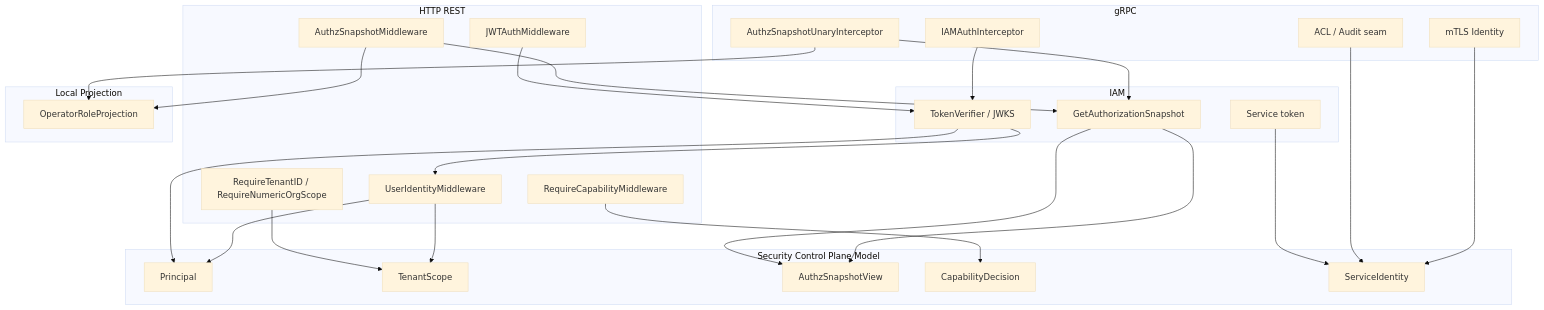
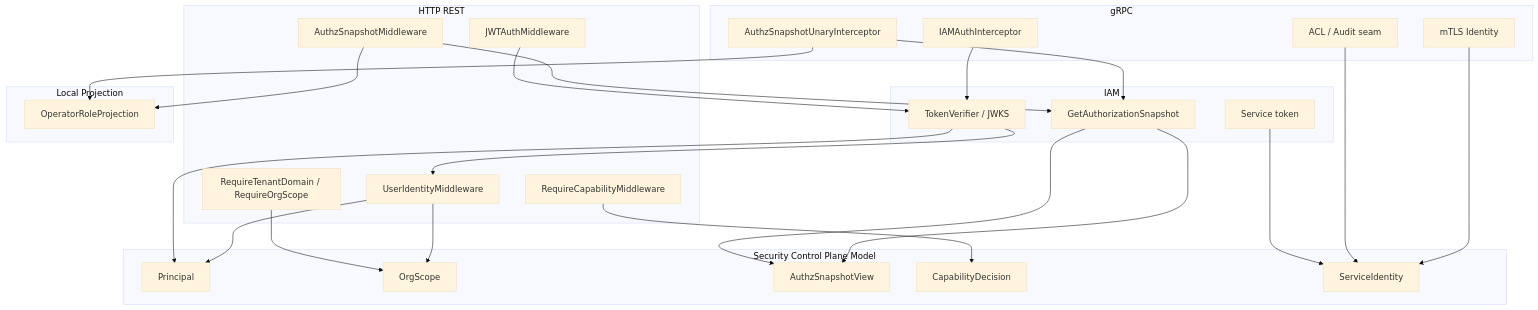
The first of 2 diagrams in docs/03-基础设施/security/00-整体架构.md (FangcunMount/qs-server), drawn with Mermaid (base theme) before and after one commit. The commit also changed other lines of this file and 30 other files, not shown here.

Commit message:
doc  security 文档语义迁移，将 组合、组织模型统一为 TenantDomain + OrgID / OrgScope 模型，清理运行时、接口运维、专题分析、宣讲文档里的旧 TenantScope、旧 middleware、numeric org 等残留说法。

````diff
--- a/docs/03-基础设施/security/00-整体架构.md
+++ b/docs/03-基础设施/security/00-整体架构.md
@@ -62,49 +62,49 @@
 ```mermaid
 flowchart TB
     subgraph HTTP["HTTP REST"]
         jwt["JWTAuthMiddleware"]
         identity["UserIdentityMiddleware"]
-        tenant["RequireTenantID / RequireNumericOrgScope"]
+        tenant["RequireTenantDomain / RequireOrgScope"]
         snapshotMW["AuthzSnapshotMiddleware"]
         capMW["RequireCapabilityMiddleware"]
     end
 
     subgraph GRPC["gRPC"]
         mtls["mTLS Identity"]
         iamAuth["IAMAuthInterceptor"]
         snapshotInt["AuthzSnapshotUnaryInterceptor"]
         acl["ACL / Audit seam"]
     end
 
     subgraph Model["Security Control Plane Model"]
         principal["Principal"]
-        scope["TenantScope"]
+        scope["OrgScope"]
         snapView["AuthzSnapshotView"]
         decision["CapabilityDecision"]
         service["ServiceIdentity"]
     end
 
     subgraph IAM["IAM"]
         token["TokenVerifier / JWKS"]
         authz["GetAuthorizationSnapshot"]
         serviceToken["Service token"]
     end
 
     subgraph Local["Local Projection"]
         operator["OperatorRoleProjection"]
     end
 
     jwt --> token --> identity
     identity --> principal
     identity --> scope
     tenant --> scope
     snapshotMW --> authz --> snapView
     capMW --> decision
     mtls --> service
     iamAuth --> token --> principal
     snapshotInt --> authz --> snapView
     snapshotMW --> operator
     snapshotInt --> operator
     acl --> service
     serviceToken --> service
 ```
````
